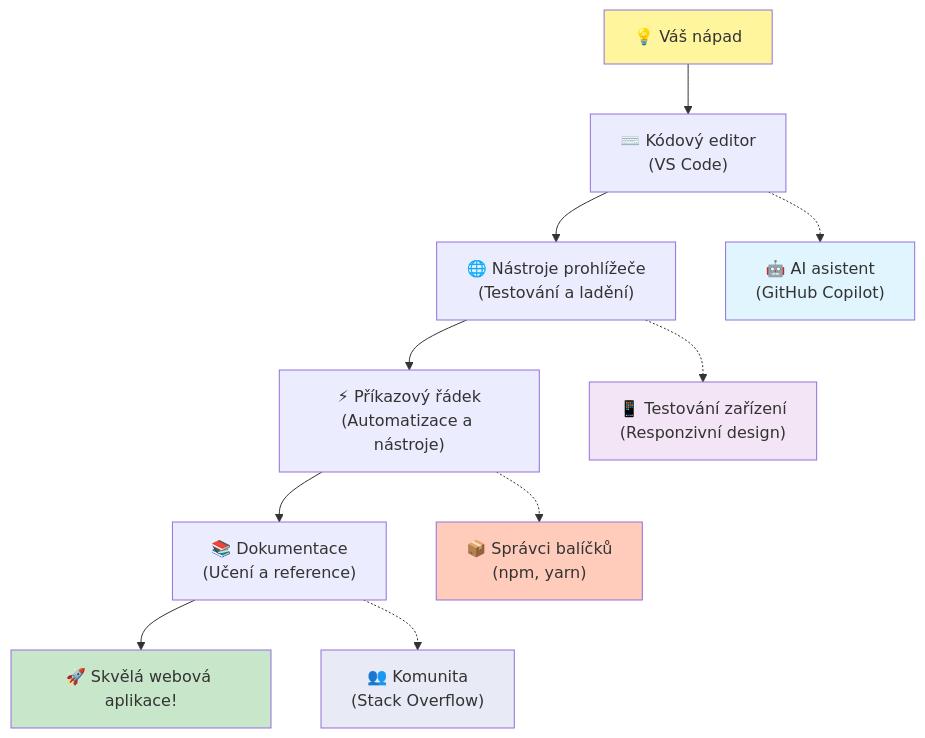
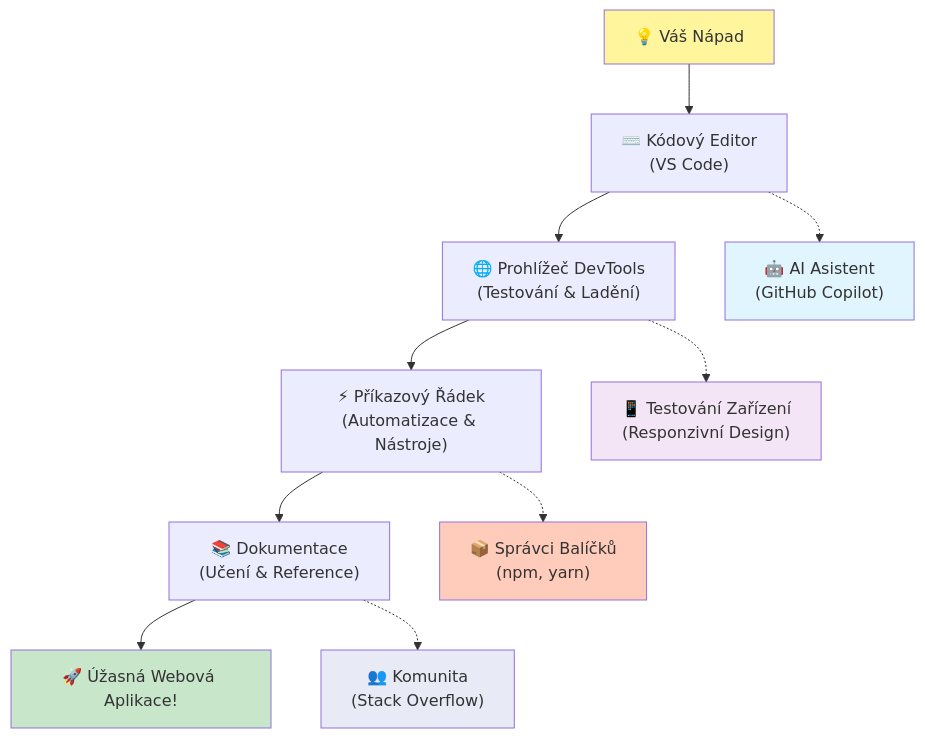
The fifth of 7 diagrams in translations/cs/1-getting-started-lessons/1-intro-to-programming-languages/README.md (microsoft/Web-Dev-For-Beginners), drawn with Mermaid before and after one commit. The commit also changed other lines of this file and 8 other files, not shown here.

````diff
--- a/translations/cs/1-getting-started-lessons/1-intro-to-programming-languages/README.md
+++ b/translations/cs/1-getting-started-lessons/1-intro-to-programming-languages/README.md
@@ -488,20 +488,20 @@
 ```mermaid
 graph TD
-    A["💡 Váš nápad"] --> B["⌨️ Kódový editor<br/>(VS Code)"] 
-    B --> C["🌐 Nástroje prohlížeče<br/>(Testování a ladění)"]
-    C --> D["⚡ Příkazový řádek<br/>(Automatizace a nástroje)"]
-    D --> E["📚 Dokumentace<br/>(Učení a reference)"]
-    E --> F["🚀 Skvělá webová aplikace!"]
+    A["💡 Váš Nápad"] --> B["⌨️ Kódový Editor<br/>(VS Code)"] 
+    B --> C["🌐 Prohlížeč DevTools<br/>(Testování & Ladění)"]
+    C --> D["⚡ Příkazový Řádek<br/>(Automatizace & Nástroje)"]
+    D --> E["📚 Dokumentace<br/>(Učení & Reference)"]
+    E --> F["🚀 Úžasná Webová Aplikace!"]
     
-    B -.-> G["🤖 AI asistent<br/>(GitHub Copilot)"]
-    C -.-> H["📱 Testování zařízení<br/>(Responzivní design)"]
-    D -.-> I["📦 Správci balíčků<br/>(npm, yarn)"]
+    B -.-> G["🤖 AI Asistent<br/>(GitHub Copilot)"]
+    C -.-> H["📱 Testování Zařízení<br/>(Responzivní Design)"]
+    D -.-> I["📦 Správci Balíčků<br/>(npm, yarn)"]
     E -.-> J["👥 Komunita<br/>(Stack Overflow)"]
     
     style A fill:#fff59d
     style F fill:#c8e6c9
     style G fill:#e1f5fe
     style H fill:#f3e5f5
     style I fill:#ffccbc
     style J fill:#e8eaf6
 ```
````
